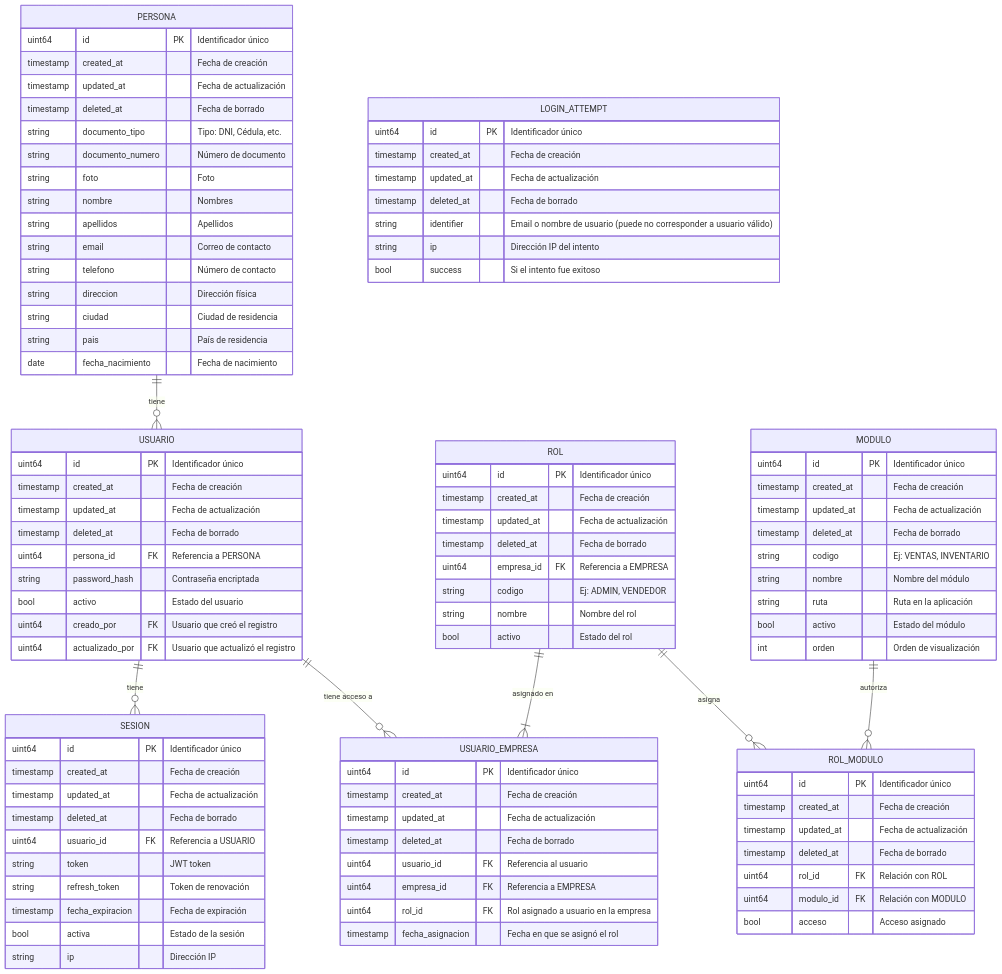
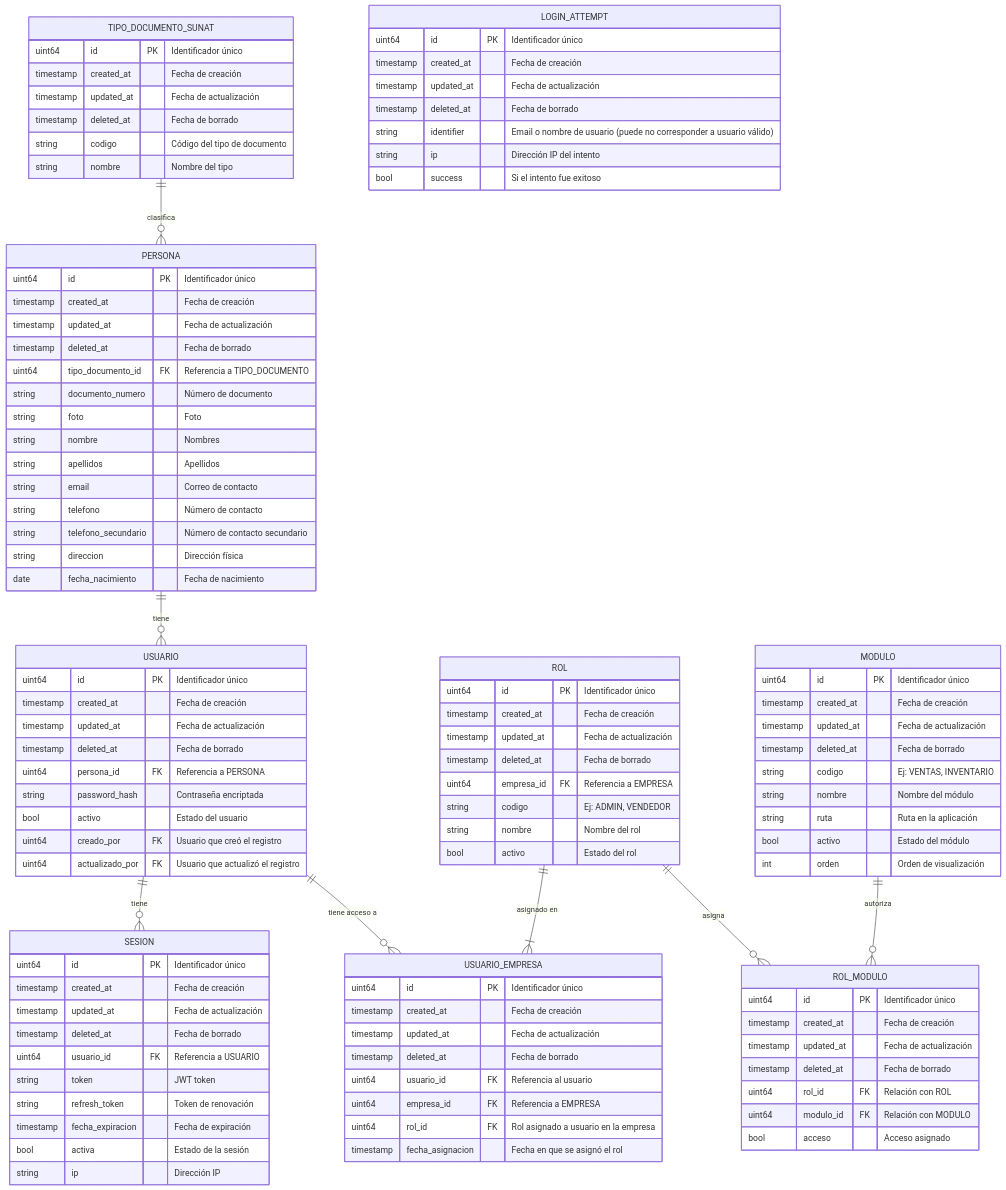
The diagram in arquitectura/usuariov3.md (ponceca20/authenticationPonceca), drawn with Mermaid before and after one commit. The commit also changed 79 other files, not shown here.

```diff
--- a/arquitectura/usuariov3.md
+++ b/arquitectura/usuariov3.md
@@ -2,6 +2,16 @@
 erDiagram
     %% Leyenda:
     %% PK: Primary key, FK: Foreign key
+
+    %% Tipos de Documento
+    TIPO_DOCUMENTO_SUNAT {
+        uint64 id PK "Identificador único"
+        timestamp created_at "Fecha de creación"
+        timestamp updated_at "Fecha de actualización"
+        timestamp deleted_at "Fecha de borrado"
+        string codigo "Código del tipo de documento"
+        string nombre "Nombre del tipo"
+    }
 
     %% Datos Personales
     PERSONA {
@@ -9,18 +19,19 @@
         timestamp created_at "Fecha de creación"
         timestamp updated_at "Fecha de actualización"
         timestamp deleted_at "Fecha de borrado"
-        string documento_tipo "Tipo: DNI, Cédula, etc."
+        uint64 tipo_documento_id FK "Referencia a TIPO_DOCUMENTO"
         string documento_numero "Número de documento"
         string foto "Foto"
         string nombre "Nombres"
         string apellidos "Apellidos"
         string email "Correo de contacto"
         string telefono "Número de contacto"
+        string telefono_secundario "Número de contacto secundario"
         string direccion "Dirección física"
-        string ciudad "Ciudad de residencia"
-        string pais "País de residencia"
         date fecha_nacimiento "Fecha de nacimiento"
     }
+
+
 
     %% USUARIO: cuenta para acceso al sistema
     USUARIO {
@@ -107,14 +118,11 @@
         bool success "Si el intento fue exitoso"
     }
 
-    %% Nota: LOGIN_ATTEMPT no tiene relaciones directas ya que registra todos los intentos 
-    %% de inicio de sesión, incluyendo aquellos con credenciales inválidas o usuarios que no existen.
-    %% Su propósito es detectar intentos de acceso no autorizados, ataques de fuerza bruta
-    %% y proporcionar información para auditorías de seguridad del sistema.
-
     %% Relaciones
+    TIPO_DOCUMENTO_SUNAT ||--o{ PERSONA : "clasifica"
     PERSONA ||--o{ USUARIO : "tiene"
     USUARIO ||--o{ SESION : "tiene"
+
     ROL ||--o{ ROL_MODULO : "asigna"
     MODULO ||--o{ ROL_MODULO : "autoriza"
     USUARIO ||--o{ USUARIO_EMPRESA : "tiene acceso a"
```
